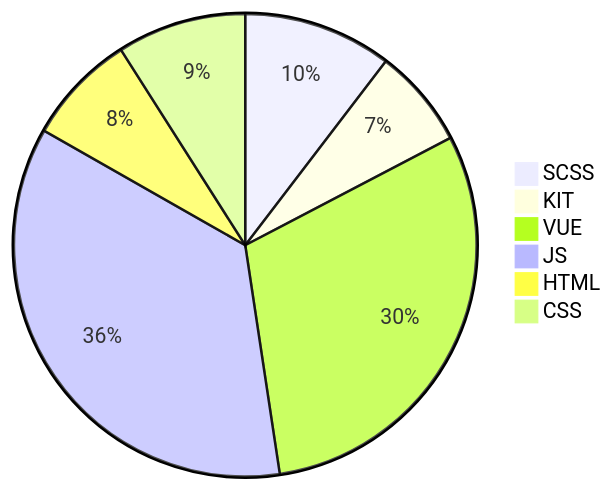
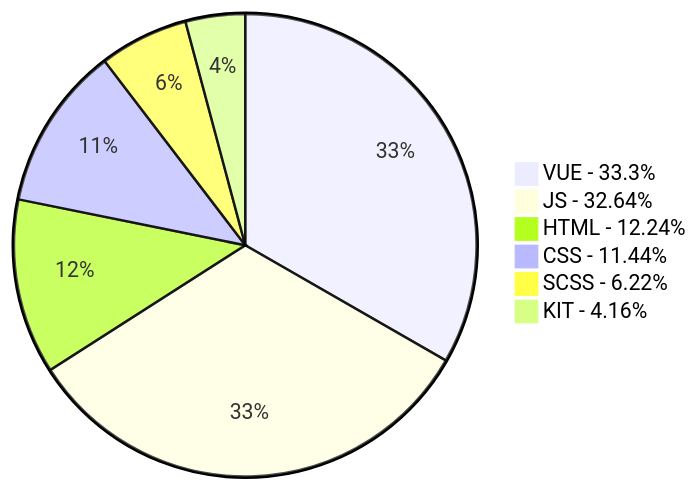
The diagram in README.md (lifewithoutalcohol/lifewithoutalcohol), drawn with Mermaid before and after one commit.

````diff
--- a/README.md
+++ b/README.md
@@ -7,9 +7,9 @@
 ```mermaid
 pie 
-    "SCSS" : 31.1
-    "KIT" : 20.8
-    "VUE" : 90.7
-    "JS" : 106.7
-    "HTML" : 23.2
-    "CSS" : 27.0
+    "VUE - 33.3%" : 33.3
+    "JS - 32.64%" : 32.64
+    "HTML - 12.24%" : 12.24
+    "CSS - 11.44%" : 11.44
+    "SCSS - 6.22%" : 6.22
+    "KIT - 4.16%" : 4.16
 ```
````
